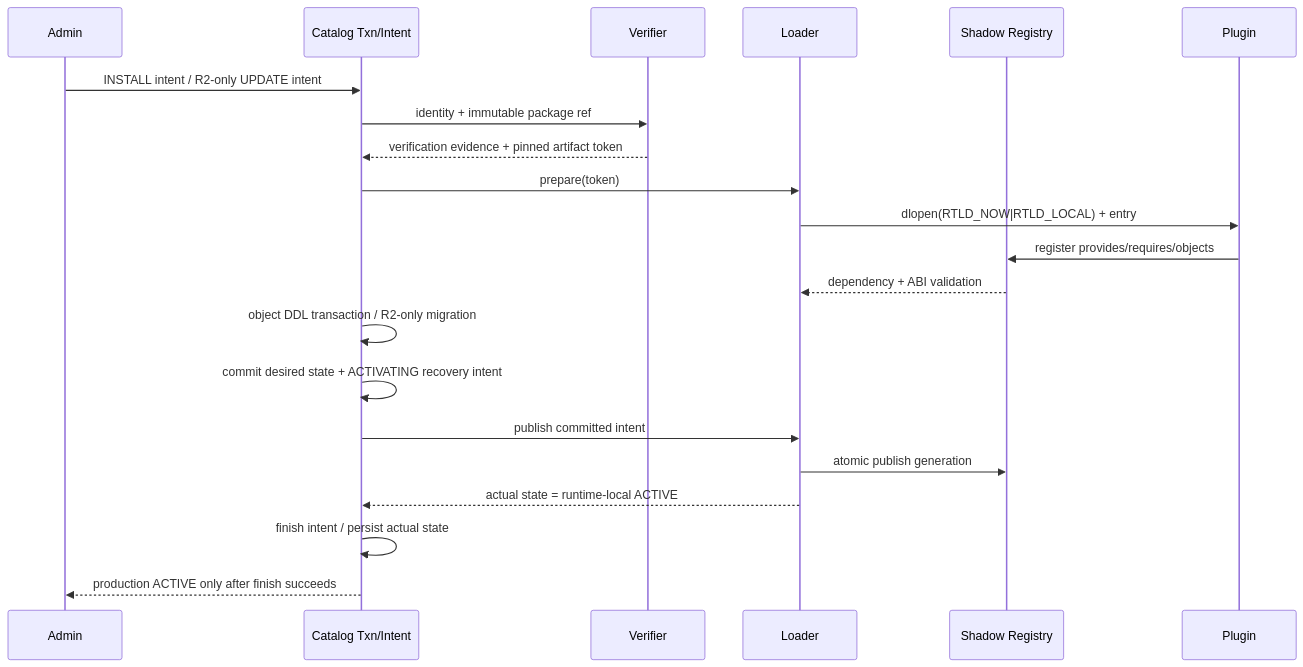
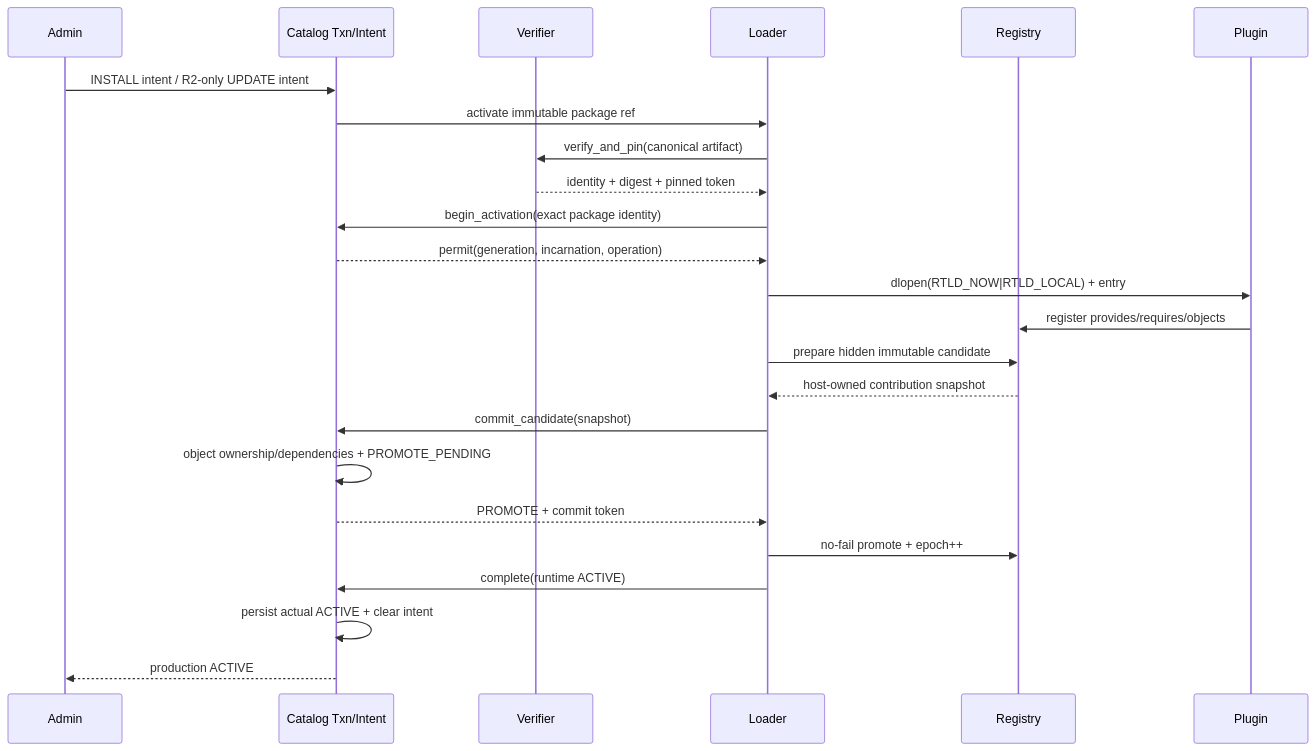
One commit to oceanbase/seekdb changed the second of 3 diagrams in docs/developer-guide/zh/plugin-architecture.md. Above: the diagram before and after it, drawn with Mermaid. The commit also changed other lines of this file and 32 other files, not shown here.

Commit message:
feat(plugin): add phase-1 local trusted plugin runtime

````diff
--- a/docs/developer-guide/zh/plugin-architecture.md
+++ b/docs/developer-guide/zh/plugin-architecture.md
@@ -294,23 +397,26 @@
 ```mermaid
 sequenceDiagram
   participant A as Admin
   participant C as Catalog Txn/Intent
   participant V as Verifier
   participant L as Loader
-  participant R as Shadow Registry
+  participant R as Registry
   participant P as Plugin
   A->>C: INSTALL intent / R2-only UPDATE intent
-  C->>V: identity + immutable package ref
-  V-->>C: verification evidence + pinned artifact token
-  C->>L: prepare(token)
+  C->>L: activate immutable package ref
+  L->>V: verify_and_pin(canonical artifact)
+  V-->>L: identity + digest + pinned token
+  L->>C: begin_activation(exact package identity)
+  C-->>L: permit(generation, incarnation, operation)
   L->>P: dlopen(RTLD_NOW|RTLD_LOCAL) + entry
   P->>R: register provides/requires/objects
-  R-->>L: dependency + ABI validation
-  C->>C: object DDL transaction / R2-only migration
-  C->>C: commit desired state + ACTIVATING recovery intent
-  C->>L: publish committed intent
-  L->>R: atomic publish generation
-  L-->>C: actual state = runtime-local ACTIVE
-  C->>C: finish intent / persist actual state
-  C-->>A: production ACTIVE only after finish succeeds
+  L->>R: prepare hidden immutable candidate
+  R-->>L: host-owned contribution snapshot
+  L->>C: commit_candidate(snapshot)
+  C->>C: object ownership/dependencies + PROMOTE_PENDING
+  C-->>L: PROMOTE + commit token
+  L->>R: no-fail promote + epoch++
+  L->>C: complete(runtime ACTIVE)
+  C->>C: persist actual ACTIVE + clear intent
+  C-->>A: production ACTIVE
 ```
````
